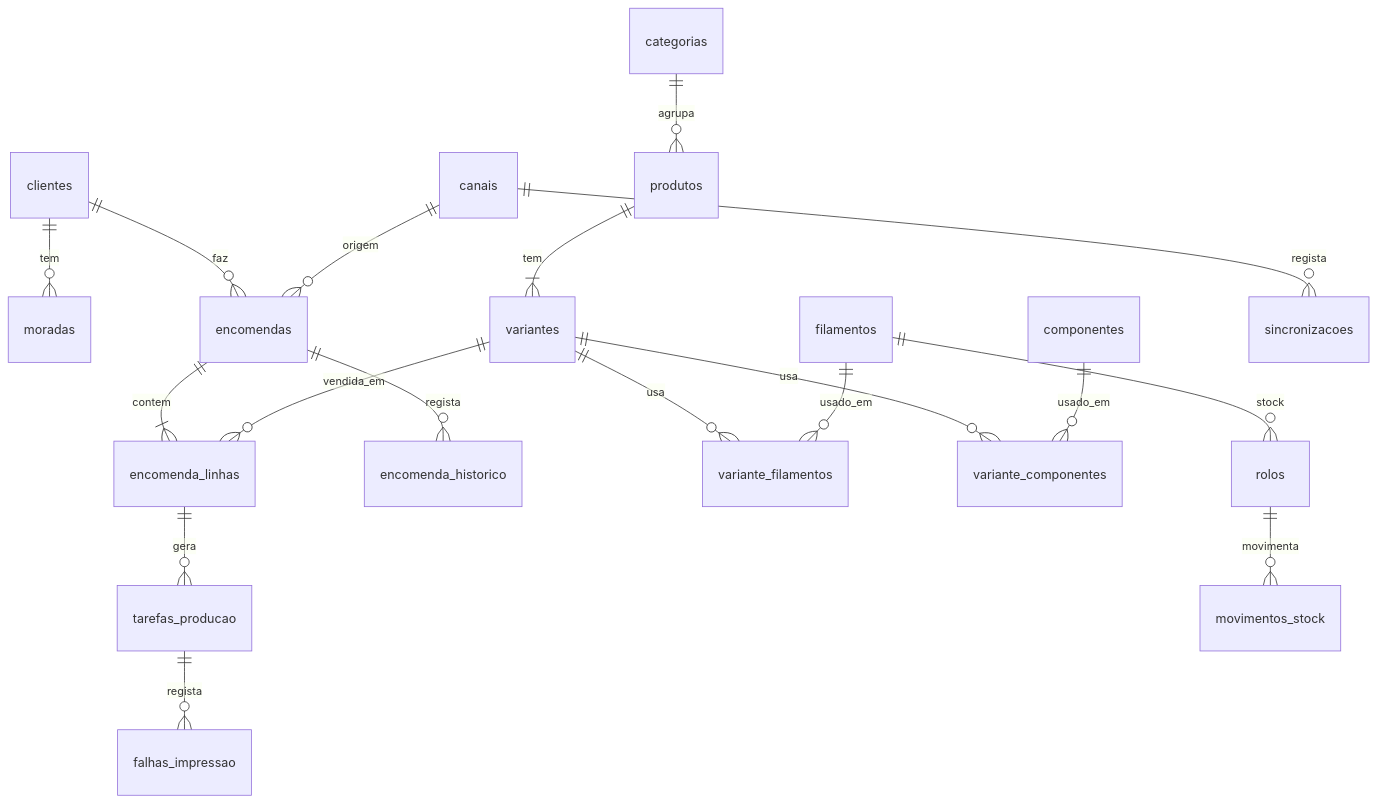
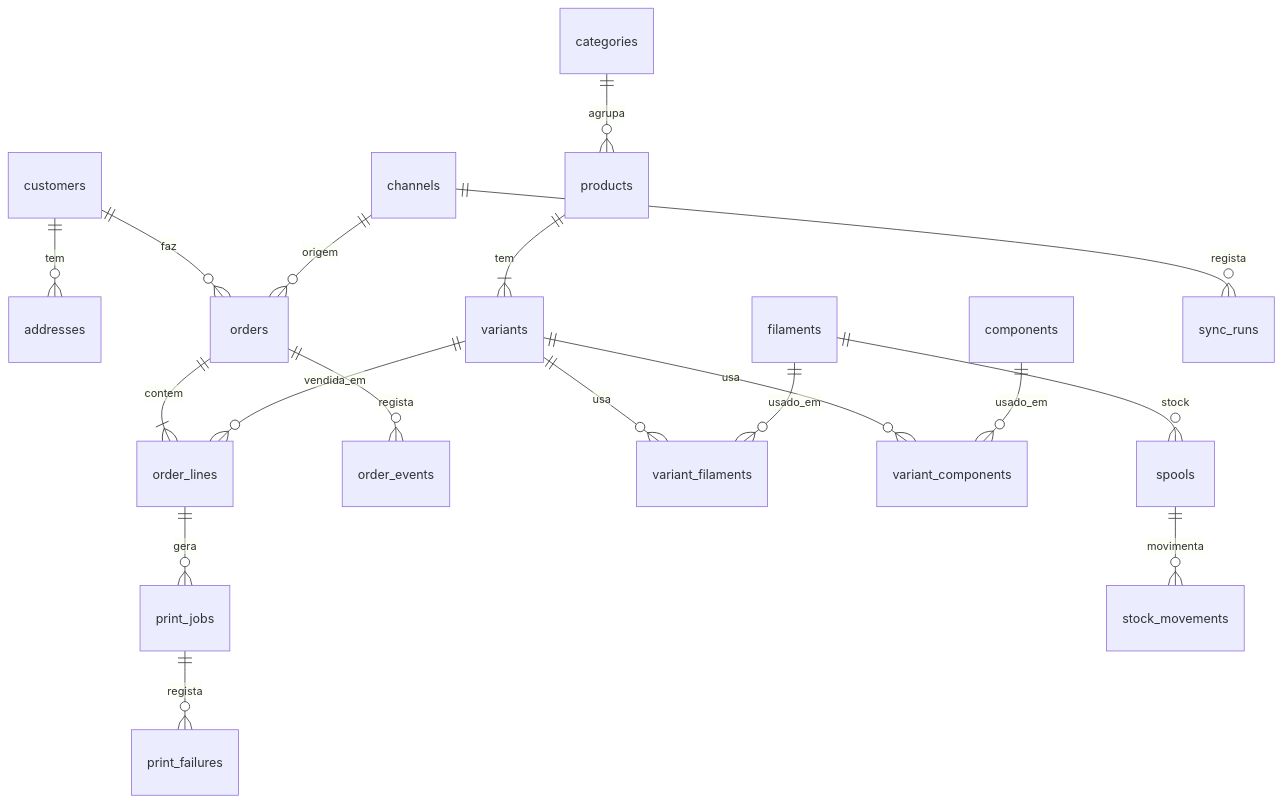
One commit to rsflecha/cubico_backoffice changed the diagram in docs/cubico-backoffice.md. Above: the diagram before and after it, drawn with Mermaid. The commit also changed other lines of this file and 2 other files, not shown here.

````diff
--- a/docs/cubico-backoffice.md
+++ b/docs/cubico-backoffice.md
@@ -294,20 +294,20 @@
 ```mermaid
 erDiagram
-    clientes ||--o{ moradas : tem
-    clientes ||--o{ encomendas : faz
-    canais ||--o{ encomendas : origem
-    encomendas ||--|{ encomenda_linhas : contem
-    encomendas ||--o{ encomenda_historico : regista
-    variantes ||--o{ encomenda_linhas : vendida_em
-    produtos ||--|{ variantes : tem
-    categorias ||--o{ produtos : agrupa
-    variantes ||--o{ variante_filamentos : usa
-    filamentos ||--o{ variante_filamentos : usado_em
-    variantes ||--o{ variante_componentes : usa
-    componentes ||--o{ variante_componentes : usado_em
-    encomenda_linhas ||--o{ tarefas_producao : gera
-    tarefas_producao ||--o{ falhas_impressao : regista
-    filamentos ||--o{ rolos : stock
-    rolos ||--o{ movimentos_stock : movimenta
-    canais ||--o{ sincronizacoes : regista
+    customers ||--o{ addresses : tem
+    customers ||--o{ orders : faz
+    channels ||--o{ orders : origem
+    orders ||--|{ order_lines : contem
+    orders ||--o{ order_events : regista
+    variants ||--o{ order_lines : vendida_em
+    products ||--|{ variants : tem
+    categories ||--o{ products : agrupa
+    variants ||--o{ variant_filaments : usa
+    filaments ||--o{ variant_filaments : usado_em
+    variants ||--o{ variant_components : usa
+    components ||--o{ variant_components : usado_em
+    order_lines ||--o{ print_jobs : gera
+    print_jobs ||--o{ print_failures : regista
+    filaments ||--o{ spools : stock
+    spools ||--o{ stock_movements : movimenta
+    channels ||--o{ sync_runs : regista
 ```
````
